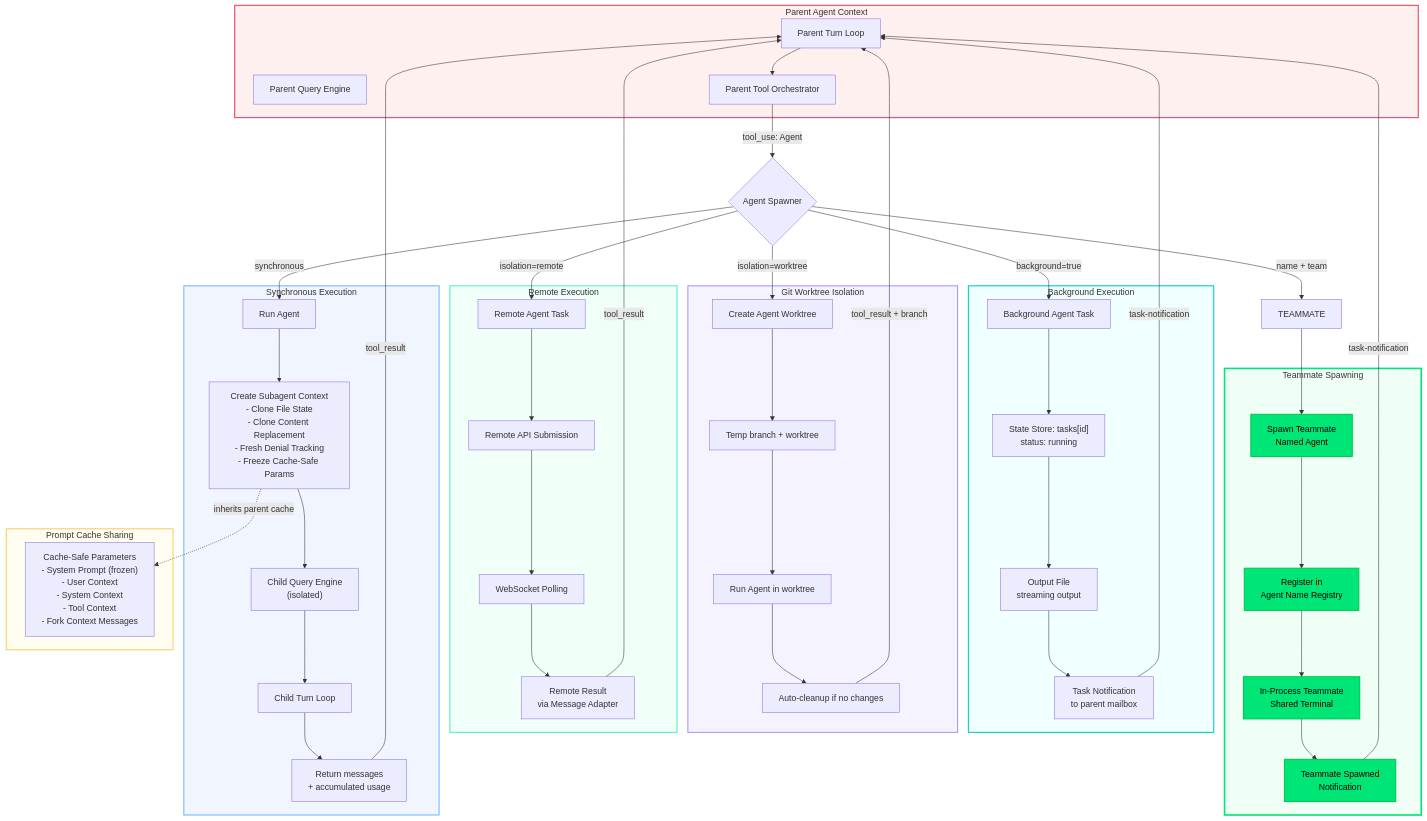
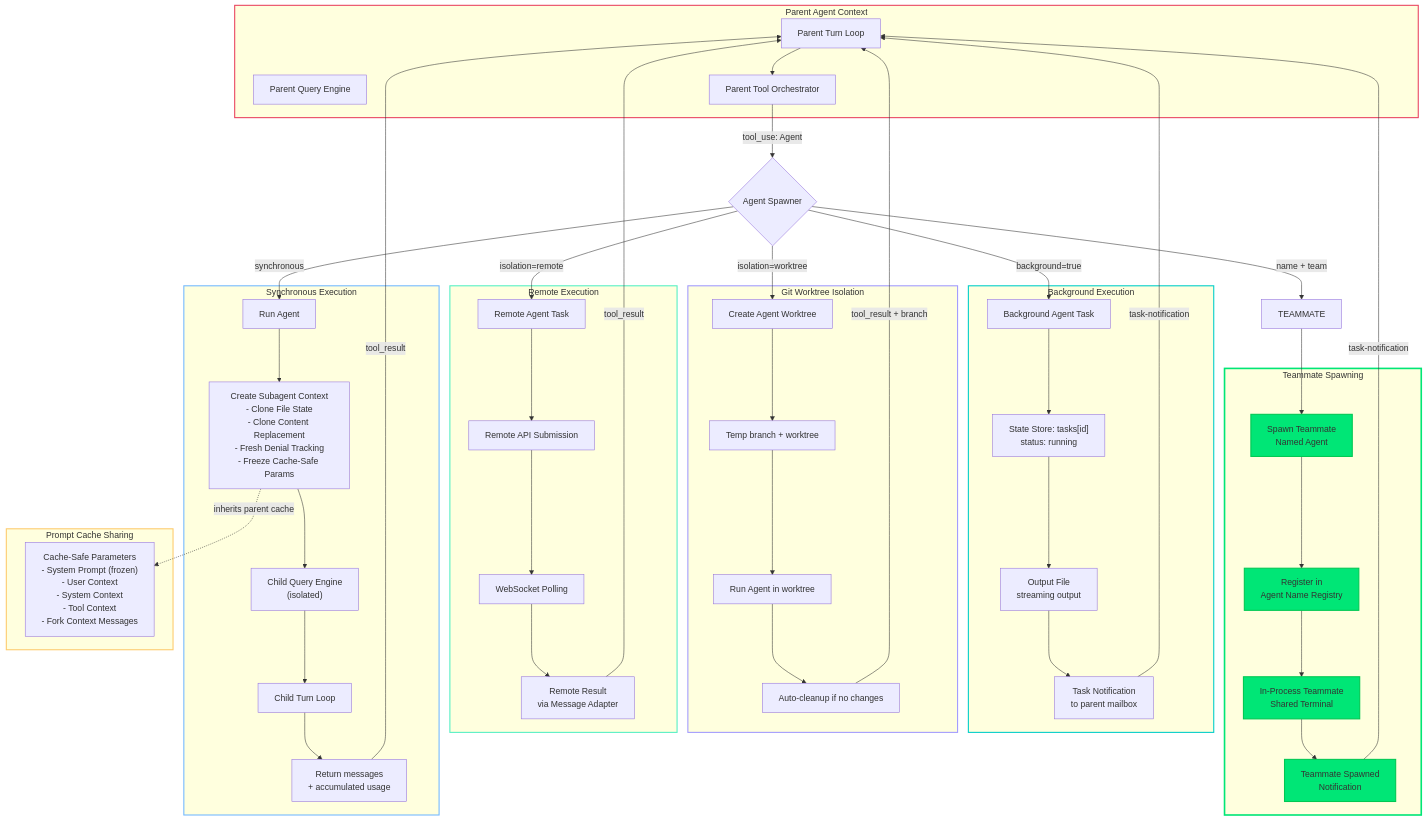
Before and after one commit to PavelValentov/multi-agent-architecture: the third of 14 diagrams in DIAGRAMS.md, drawn with Mermaid. The commit also changed other lines of this file, not shown here.

````diff
--- a/DIAGRAMS.md
+++ b/DIAGRAMS.md
@@ -345,15 +345,15 @@
 
     CLONE -.->|"inherits parent cache"| CACHE
 
-    style Parent fill:#fff0f0,stroke:#e94560,stroke-width:2px,color:#333
-    style SyncPath fill:#f0f5ff,stroke:#74b9ff,stroke-width:2px,color:#333
-    style AsyncPath fill:#f0ffff,stroke:#00cec9,stroke-width:2px,color:#333
-    style WorktreePath fill:#f5f3ff,stroke:#a29bfe,stroke-width:2px,color:#333
-    style RemotePath fill:#f0fff8,stroke:#55efc4,stroke-width:2px,color:#333
-    style CacheOptimization fill:#fffef0,stroke:#fdcb6e,stroke-width:2px,color:#333
-    style TeammatePath fill:#f0fff5,stroke:#00e676,stroke-width:3px,color:#333
-    style TEAMMATE_SPAWN fill:#00e676,stroke:#00c853,stroke-width:2px,color:#000
-    style TM_REGISTER fill:#00e676,stroke:#00c853,stroke-width:2px,color:#000
-    style TM_PROCESS fill:#00e676,stroke:#00c853,stroke-width:2px,color:#000
-    style TM_NOTIFY fill:#00e676,stroke:#00c853,stroke-width:2px,color:#000
+    style Parent stroke:#e94560,stroke-width:2px
+    style SyncPath stroke:#74b9ff,stroke-width:2px
+    style AsyncPath stroke:#00cec9,stroke-width:2px
+    style WorktreePath stroke:#a29bfe,stroke-width:2px
+    style RemotePath stroke:#55efc4,stroke-width:2px
+    style CacheOptimization stroke:#fdcb6e,stroke-width:2px
+    style TeammatePath stroke:#00e676,stroke-width:3px
+    style TEAMMATE_SPAWN fill:#00e676,stroke:#00c853,stroke-width:2px
+    style TM_REGISTER fill:#00e676,stroke:#00c853,stroke-width:2px
+    style TM_PROCESS fill:#00e676,stroke:#00c853,stroke-width:2px
+    style TM_NOTIFY fill:#00e676,stroke:#00c853,stroke-width:2px
 ```
````
